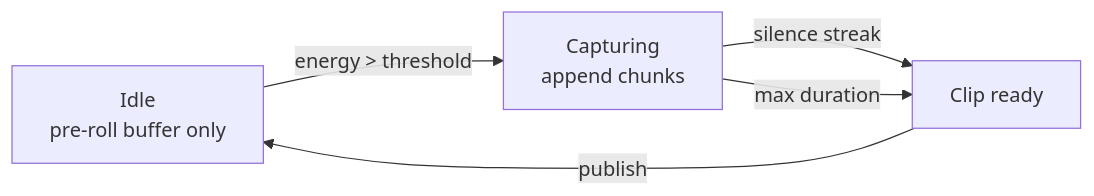
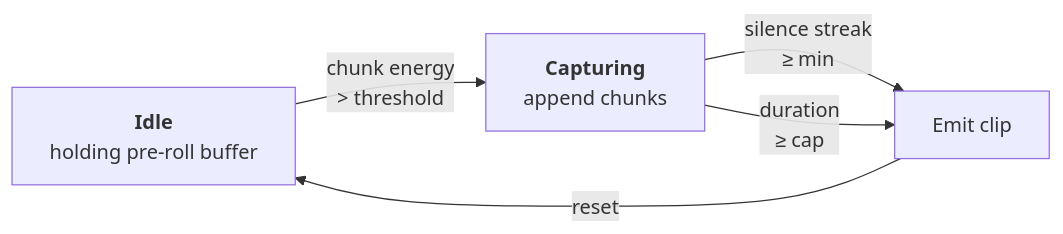
The third of 7 diagrams in docs/developer/features/command_flow.rst (rick12000/vocalance), drawn with Mermaid before and after one commit. The commit also changed other lines of this file and 12 other files, not shown here.

```diff
--- a/docs/developer/features/command_flow.rst
+++ b/docs/developer/features/command_flow.rst
@@ -46,7 +87,7 @@
 .. mermaid::
 
    flowchart LR
-       Idle[Idle<br/>pre-roll buffer only] -->|energy &gt; threshold| Cap[Capturing<br/>append chunks]
-       Cap -->|silence streak| Done[Clip ready]
-       Cap -->|max duration| Done
-       Done -->|publish| Idle
+       Idle[<b>Idle</b><br/>holding pre-roll buffer] -->|chunk energy<br/>&gt; threshold| Cap[<b>Capturing</b><br/>append chunks]
+       Cap -->|silence streak<br/>&ge; min| Done[Emit clip]
+       Cap -->|duration<br/>&ge; cap| Done
+       Done -->|reset| Idle
```
